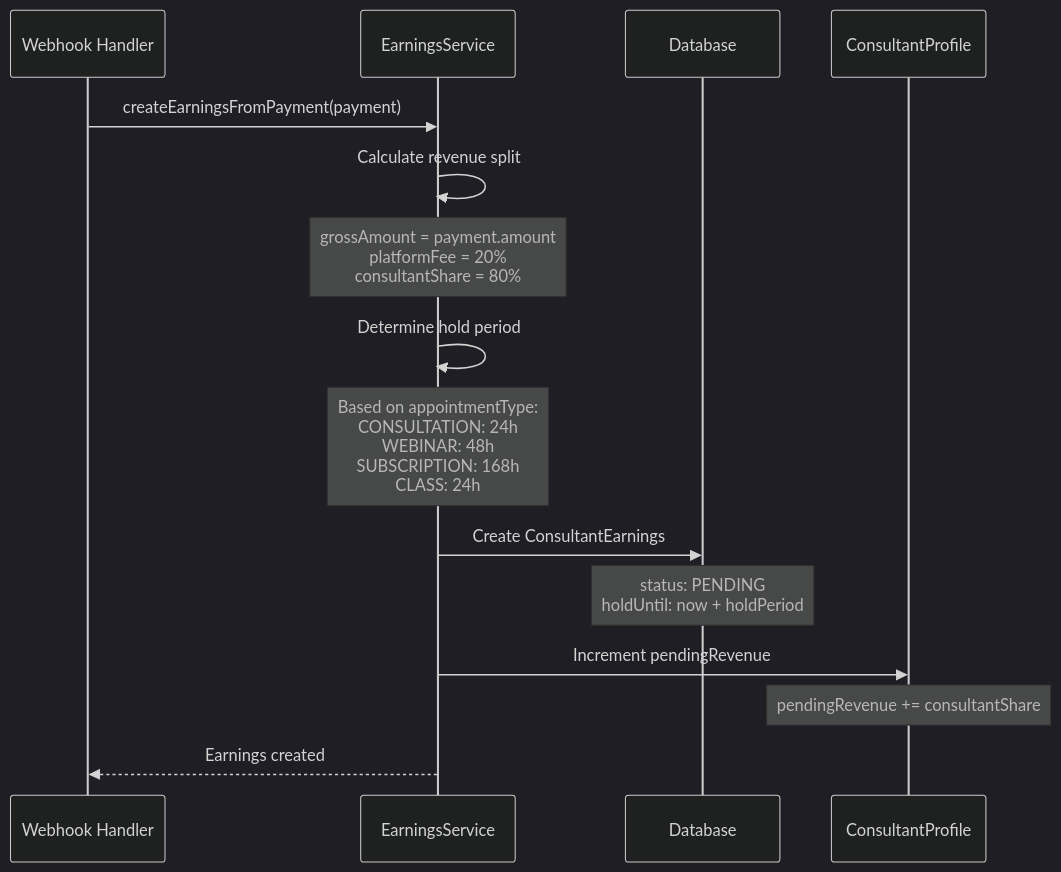
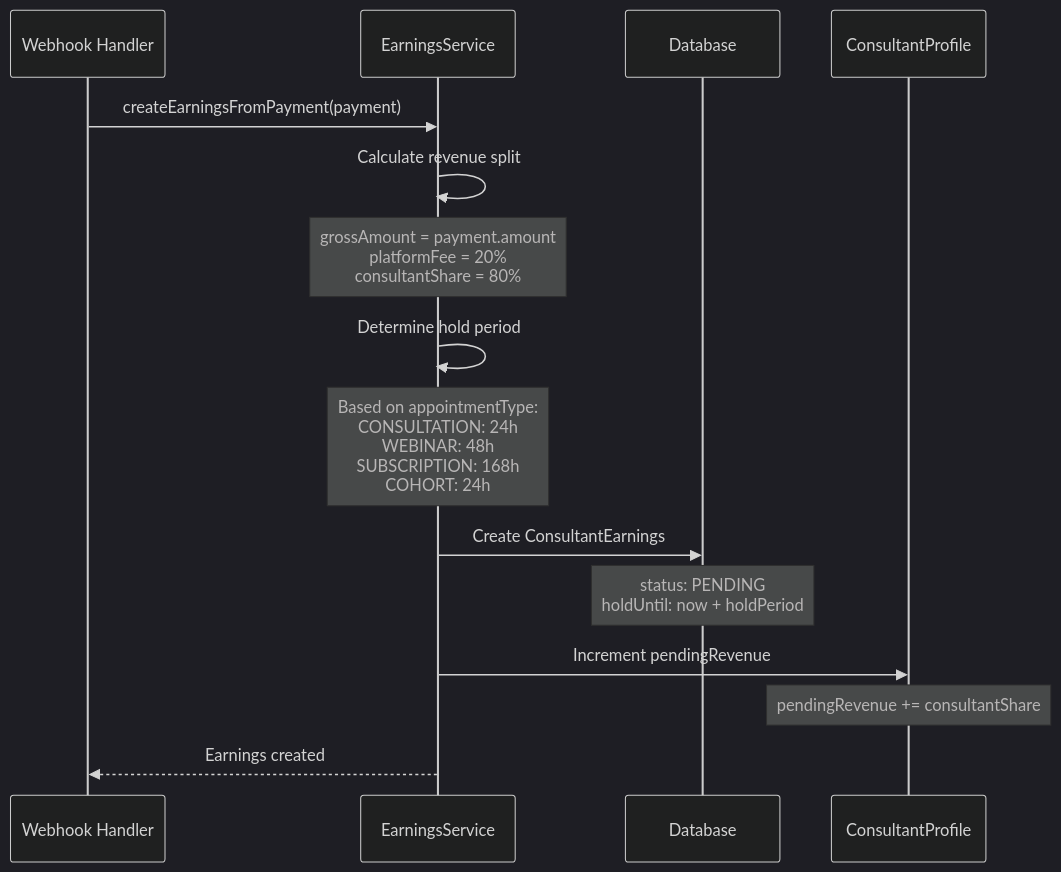
One commit to Practitionist/familiarise_web changed the second of 7 diagrams in docs/payments/payouts/02-earnings-lifecycle.md. Above: the diagram before and after it, drawn with Mermaid (dark theme). The commit also changed other lines of this file and 89 other files, not shown here.

````diff
--- a/docs/payments/payouts/02-earnings-lifecycle.md
+++ b/docs/payments/payouts/02-earnings-lifecycle.md
@@ -63,23 +63,23 @@
 ```mermaid
 sequenceDiagram
     participant WH as Webhook Handler
     participant ES as EarningsService
     participant DB as Database
     participant CP as ConsultantProfile
 
     WH->>ES: createEarningsFromPayment(payment)
 
     ES->>ES: Calculate revenue split
     Note over ES: grossAmount = payment.amount<br/>platformFee = 20%<br/>consultantShare = 80%
 
     ES->>ES: Determine hold period
-    Note over ES: Based on appointmentType:<br/>CONSULTATION: 24h<br/>WEBINAR: 48h<br/>SUBSCRIPTION: 168h<br/>CLASS: 24h
+    Note over ES: Based on appointmentType:<br/>CONSULTATION: 24h<br/>WEBINAR: 48h<br/>SUBSCRIPTION: 168h<br/>COHORT: 24h
 
     ES->>DB: Create ConsultantEarnings
     Note over DB: status: PENDING<br/>holdUntil: now + holdPeriod
 
     ES->>CP: Increment pendingRevenue
     Note over CP: pendingRevenue += consultantShare
 
     ES-->>WH: Earnings created
 ```
````
